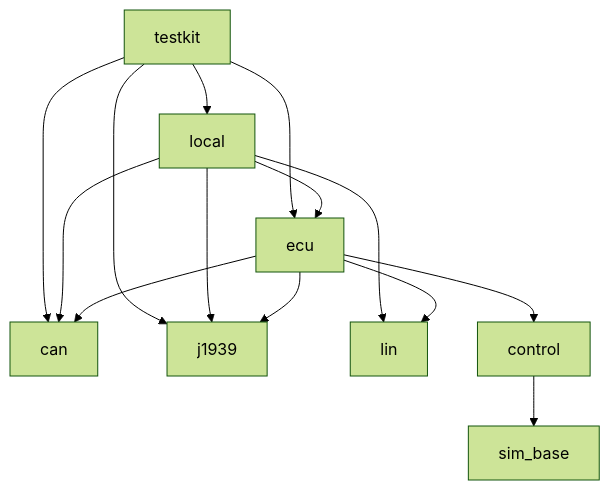
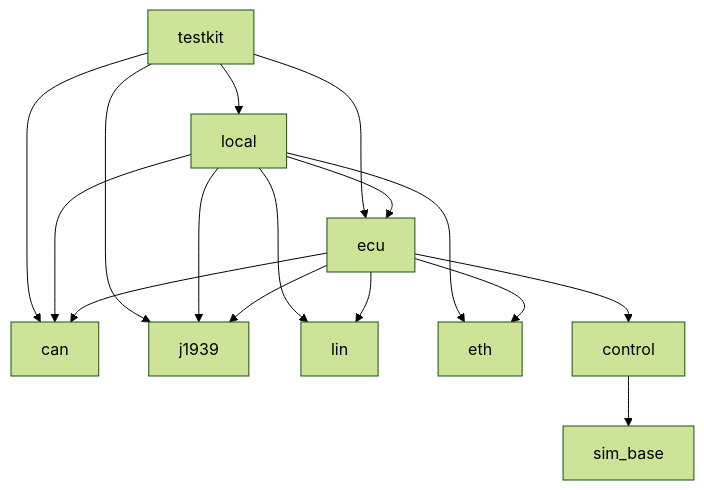
The fourth of 8 diagrams in docs/code-map.md (rahanahu/vehicle-sil), drawn with Mermaid (forest theme) before and after one commit. The commit also changed other lines of this file, not shown here.

````diff
--- a/docs/code-map.md
+++ b/docs/code-map.md
@@ -580,16 +1230,18 @@
 ```mermaid
 flowchart TD
     ecu --> can
     ecu --> j1939
     ecu --> lin
+    ecu --> eth
     ecu --> control
     control --> sim_base
     local --> can
     local --> j1939
     local --> lin
+    local --> eth
     local --> ecu
     testkit --> local
     testkit --> can
     testkit --> j1939
     testkit --> ecu
 ```
````
